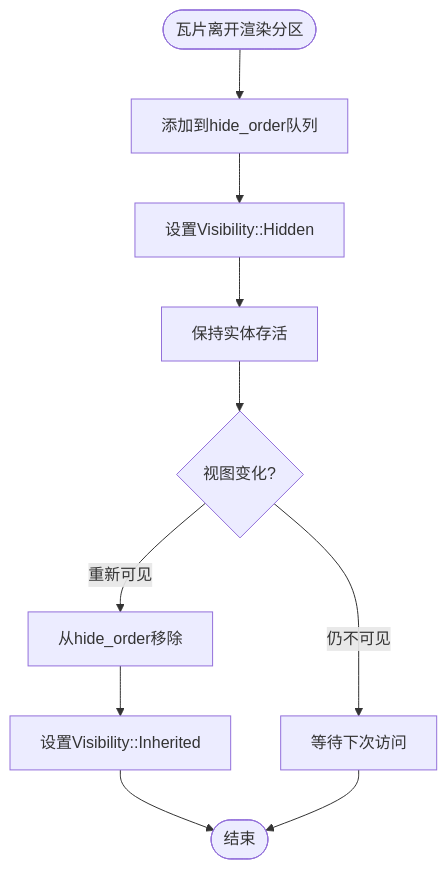
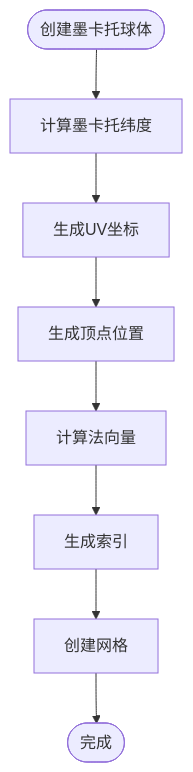
The fifth of 22 diagrams in .qoder/repowiki/zh/content/核心概念/渲染管线与场景图/动态地球渲染系统.md (rzhangjing/cesium), drawn with Mermaid before and after one commit. The commit also changed other lines of this file and 5 other files, not shown here.

````diff
--- a/.qoder/repowiki/zh/content/核心概念/渲染管线与场景图/动态地球渲染系统.md
+++ b/.qoder/repowiki/zh/content/核心概念/渲染管线与场景图/动态地球渲染系统.md
@@ -374,12 +299,10 @@
 ```mermaid
 flowchart TD
-Start(["瓦片离开渲染分区"]) --> AddToHide["添加到hide_order队列"]
-AddToHide --> HideEntity["设置Visibility::Hidden"]
-HideEntity --> KeepAlive["保持实体存活"]
-KeepAlive --> ViewChange{"视图变化?"}
-ViewChange --> |重新可见| RemoveFromHide["从hide_order移除"]
-ViewChange --> |仍不可见| Wait["等待下次访问"]
-RemoveFromHide --> ShowEntity["设置Visibility::Inherited"]
-ShowEntity --> End(["结束"])
-Wait --> End
+Start(["创建墨卡托球体"]) --> CalcLat["计算墨卡托纬度"]
+CalcLat --> UVMap["生成UV坐标"]
+UVMap --> PosGen["生成顶点位置"]
+PosGen --> NormGen["计算法向量"]
+NormGen --> IndexGen["生成索引"]
+IndexGen --> MeshCreate["创建网格"]
+MeshCreate --> End(["完成"])
 ```
````
